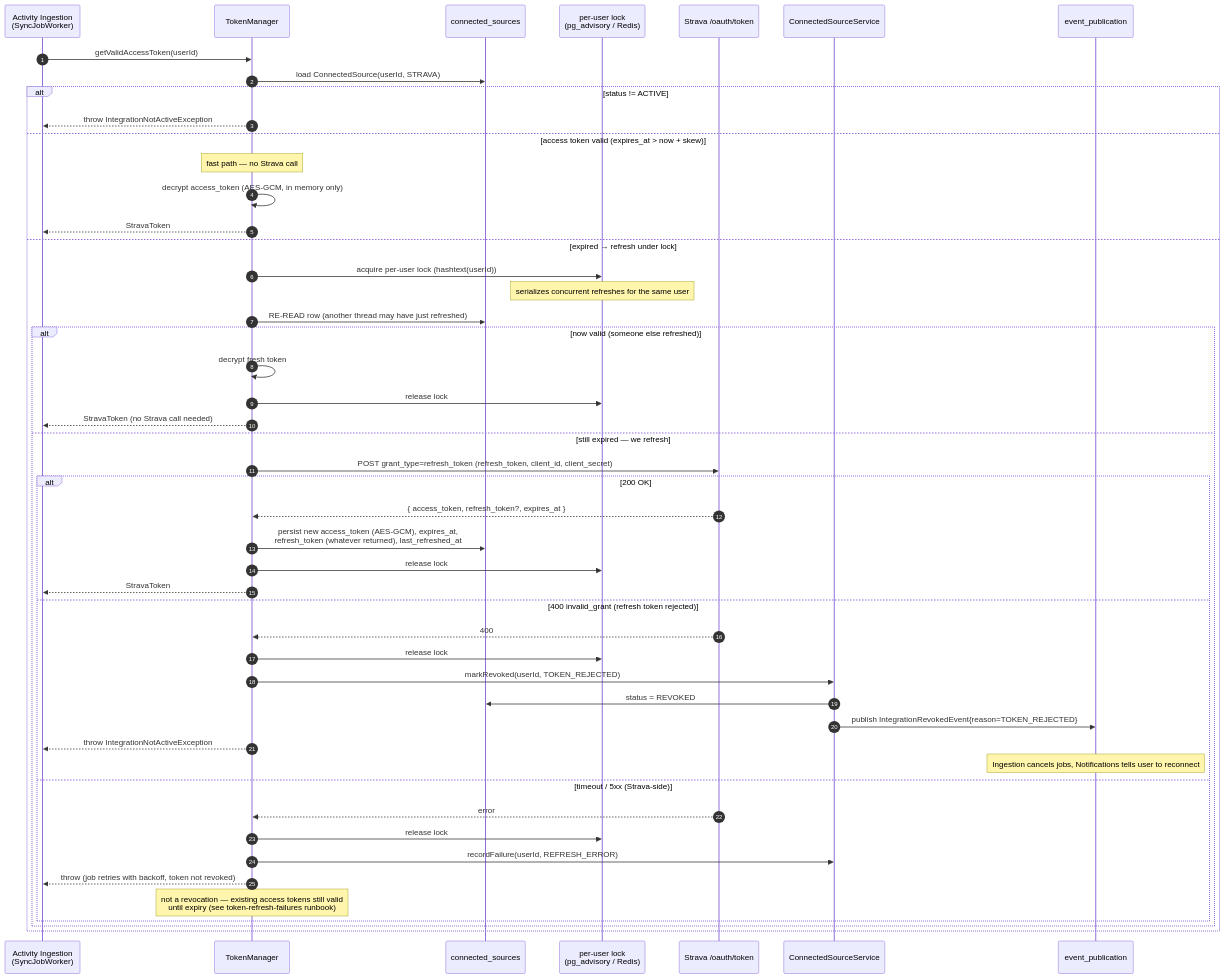
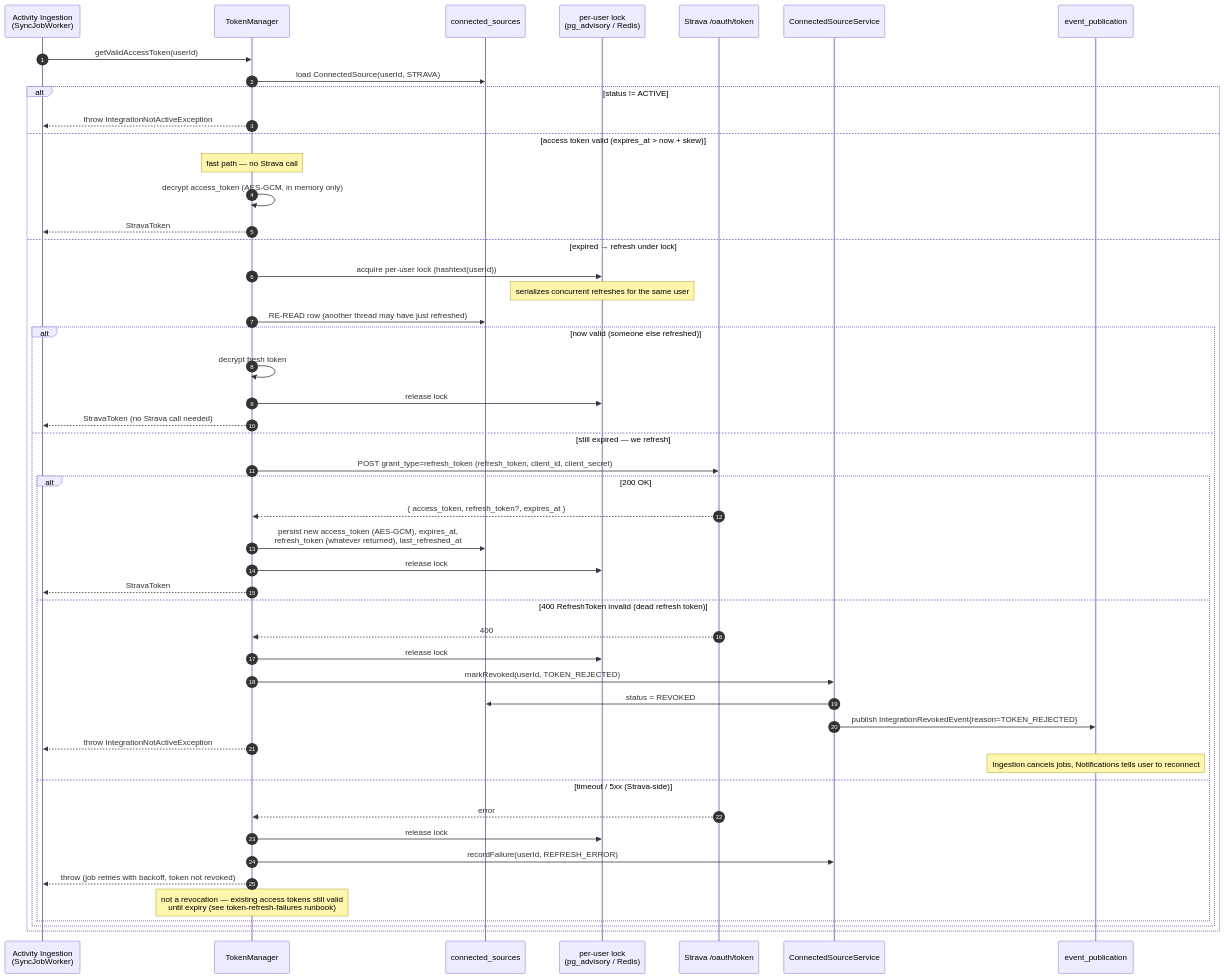
The diagram in docs/contexts/identity-access/diagrams/sequence/token-refresh.md (PrimaryInspection2/aperitivo), drawn with Mermaid before and after one commit. The commit also changed other lines of this file and 65 other files, not shown here.

````diff
--- a/docs/contexts/identity-access/diagrams/sequence/token-refresh.md
+++ b/docs/contexts/identity-access/diagrams/sequence/token-refresh.md
@@ -22,54 +22,54 @@
 ```mermaid
 sequenceDiagram
     autonumber
     participant ING as Activity Ingestion<br/>(SyncJobWorker)
     participant TM as TokenManager
     participant CSR as connected_sources
     participant LK as per-user lock<br/>(pg_advisory / Redis)
     participant ST as Strava /oauth/token
     participant CSS as ConnectedSourceService
     participant EP as event_publication
 
     ING->>TM: getValidAccessToken(userId)
     TM->>CSR: load ConnectedSource(userId, STRAVA)
 
     alt status != ACTIVE
         TM-->>ING: throw IntegrationNotActiveException
     else access token valid (expires_at > now + skew)
         Note over TM: fast path — no Strava call
         TM->>TM: decrypt access_token (AES-GCM, in memory only)
         TM-->>ING: StravaToken
     else expired → refresh under lock
         TM->>LK: acquire per-user lock (hashtext(userId))
         Note over LK: serializes concurrent refreshes for the same user
 
         TM->>CSR: RE-READ row (another thread may have just refreshed)
         alt now valid (someone else refreshed)
             TM->>TM: decrypt fresh token
             TM->>LK: release lock
             TM-->>ING: StravaToken (no Strava call needed)
         else still expired — we refresh
             TM->>ST: POST grant_type=refresh_token (refresh_token, client_id, client_secret)
             alt 200 OK
                 ST-->>TM: { access_token, refresh_token?, expires_at }
                 TM->>CSR: persist new access_token (AES-GCM), expires_at,<br/>refresh_token (whatever returned), last_refreshed_at
                 TM->>LK: release lock
                 TM-->>ING: StravaToken
-            else 400 invalid_grant (refresh token rejected)
+            else 400 RefreshToken invalid (dead refresh token)
                 ST-->>TM: 400
                 TM->>LK: release lock
                 TM->>CSS: markRevoked(userId, TOKEN_REJECTED)
                 CSS->>CSR: status = REVOKED
                 CSS->>EP: publish IntegrationRevokedEvent{reason=TOKEN_REJECTED}
                 TM-->>ING: throw IntegrationNotActiveException
                 Note over EP: Ingestion cancels jobs, Notifications tells user to reconnect
             else timeout / 5xx (Strava-side)
                 ST-->>TM: error
                 TM->>LK: release lock
                 TM->>CSS: recordFailure(userId, REFRESH_ERROR)
                 TM-->>ING: throw (job retries with backoff, token not revoked)
                 Note over TM: not a revocation — existing access tokens still valid<br/>until expiry (see token-refresh-failures runbook)
             end
         end
     end
 ```
````
